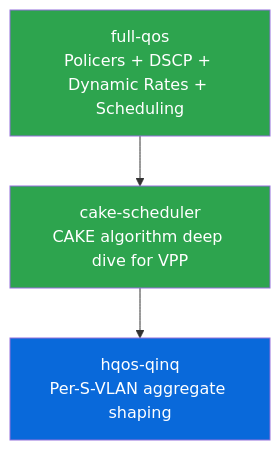
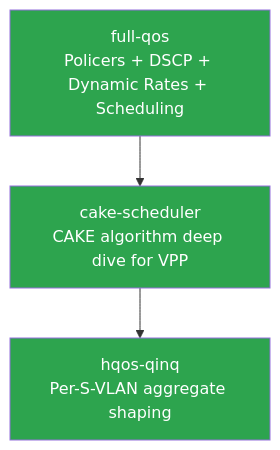
One commit to veesix-networks/osvbng-vpp changed the diagram in context/SUMMARY.md. Above: the diagram before and after it, drawn with Mermaid. The commit also changed other lines of this file and 4 other files, not shown here.

````diff
--- a/context/SUMMARY.md
+++ b/context/SUMMARY.md
@@ -23,13 +23,13 @@
 ```mermaid
 graph TD
     FQ[full-qos<br/>Policers + DSCP + Dynamic Rates + Scheduling]
     CS[cake-scheduler<br/>CAKE algorithm deep dive for VPP]
     HQ[hqos-qinq<br/>Per-S-VLAN aggregate shaping]
 
     FQ --> CS
     CS --> HQ
 
     style FQ fill:#2da44e,color:#fff
     style CS fill:#2da44e,color:#fff
-    style HQ fill:#0969da,color:#fff
+    style HQ fill:#2da44e,color:#fff
 ```
````
